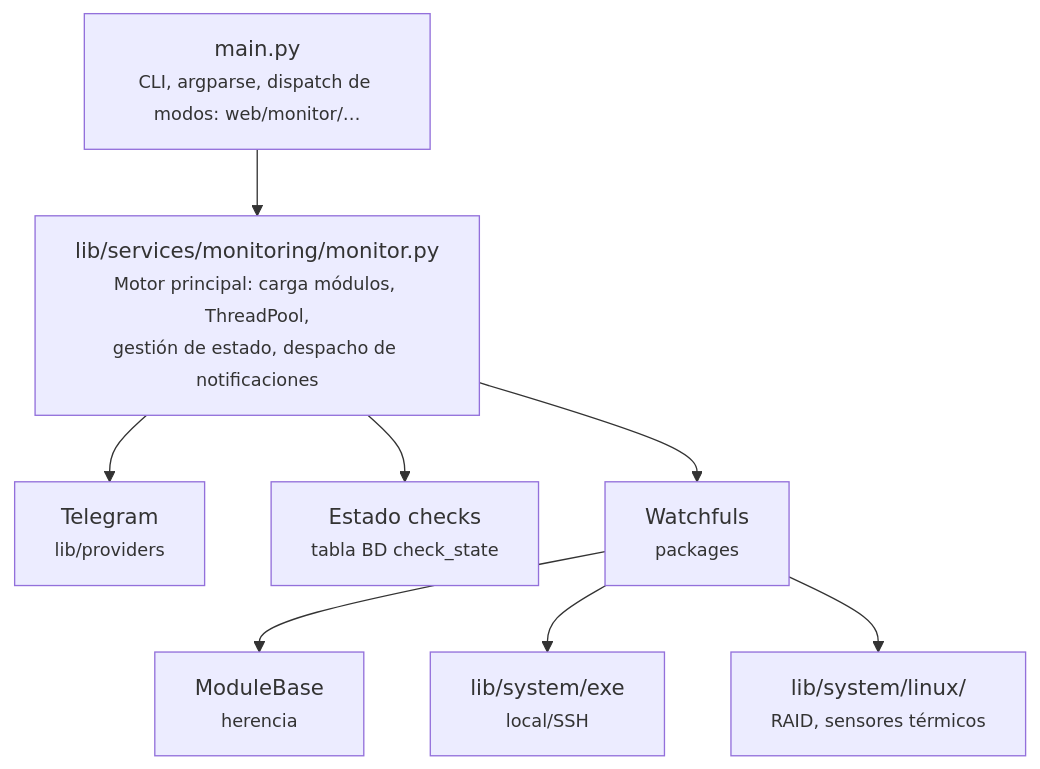
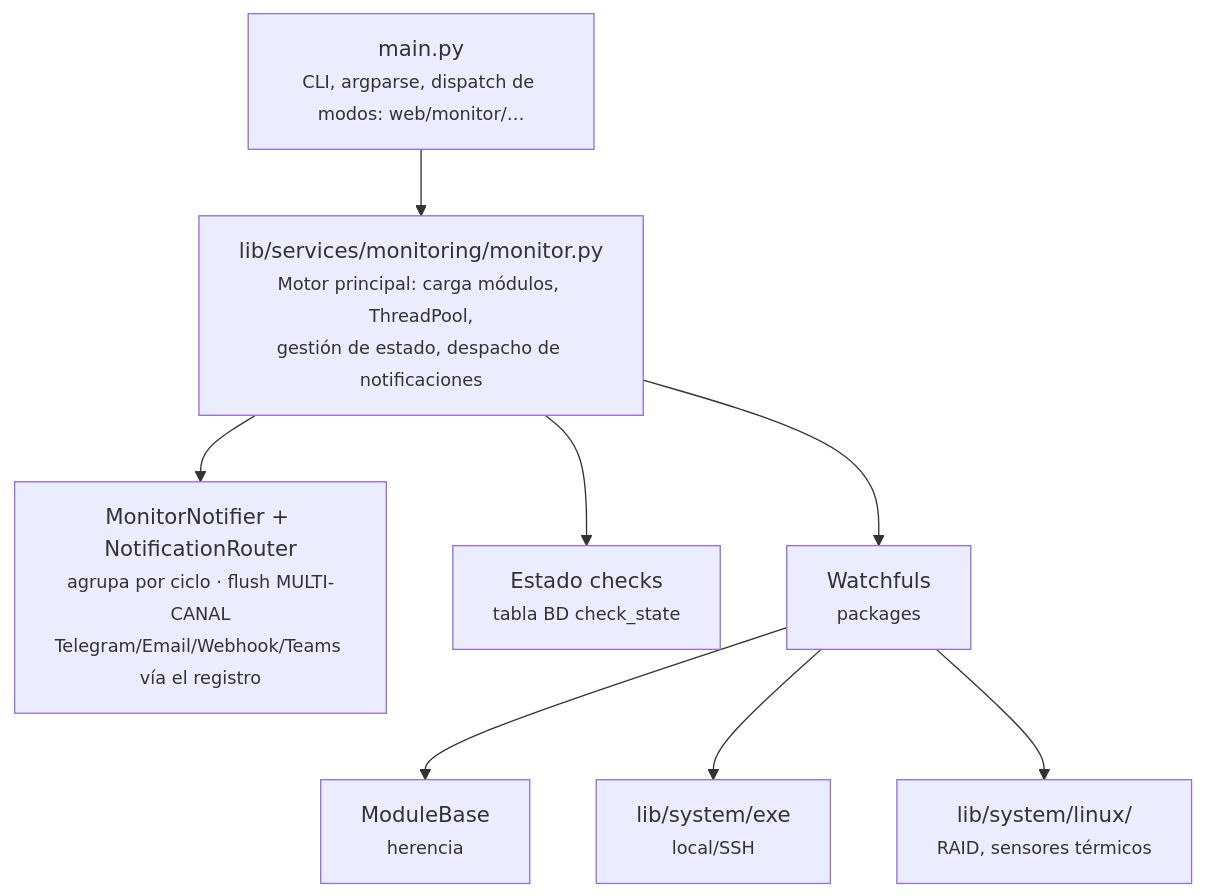
One commit to vsc55/ServiceSentry changed the first of 6 diagrams in docs/architecture.md. Above: the diagram before and after it, drawn with Mermaid. The commit also changed other lines of this file and 276 other files, not shown here.

````diff
--- a/docs/architecture.md
+++ b/docs/architecture.md
@@ -10,20 +10,20 @@
 ```mermaid
 flowchart TD
     main["main.py<br/><small>CLI, argparse, dispatch de modos: web/monitor/…</small>"]
     monitor["lib/services/monitoring/monitor.py<br/><small>Motor principal: carga módulos, ThreadPool,<br/>gestión de estado, despacho de notificaciones</small>"]
     main --> monitor
 
-    telegram["Telegram<br/><small>lib/providers</small>"]
+    notify["MonitorNotifier + NotificationRouter<br/><small>agrupa por ciclo · flush MULTI-CANAL<br/>Telegram/Email/Webhook/Teams vía el registro</small>"]
     state["Estado checks<br/><small>tabla BD check_state</small>"]
     watchfuls["Watchfuls<br/><small>packages</small>"]
-    monitor --> telegram
+    monitor --> notify
     monitor --> state
     monitor --> watchfuls
 
     modbase["ModuleBase<br/><small>herencia</small>"]
     exe["lib/system/exe<br/><small>local/SSH</small>"]
     linux["lib/system/linux/<br/><small>RAID, sensores térmicos</small>"]
     watchfuls --> modbase
     watchfuls --> exe
     watchfuls --> linux
 ```
````
